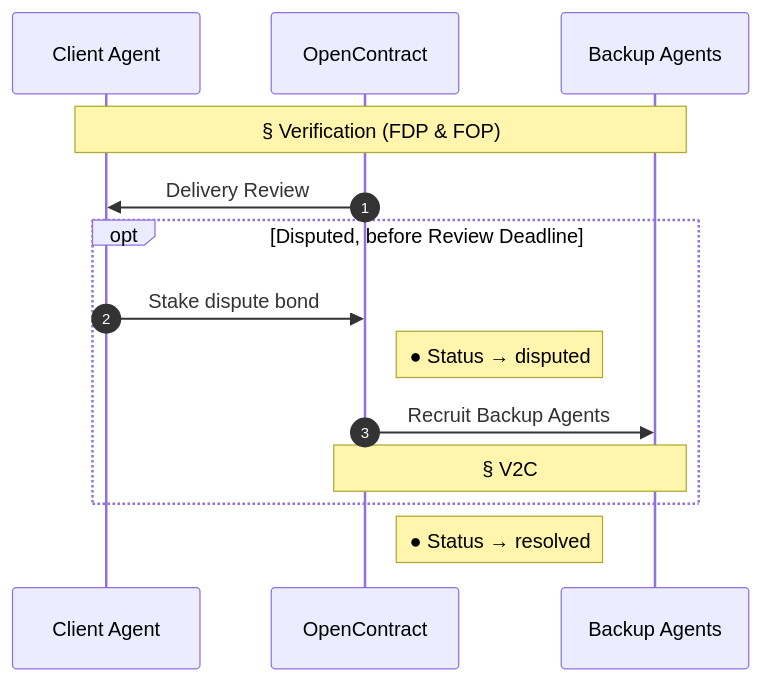
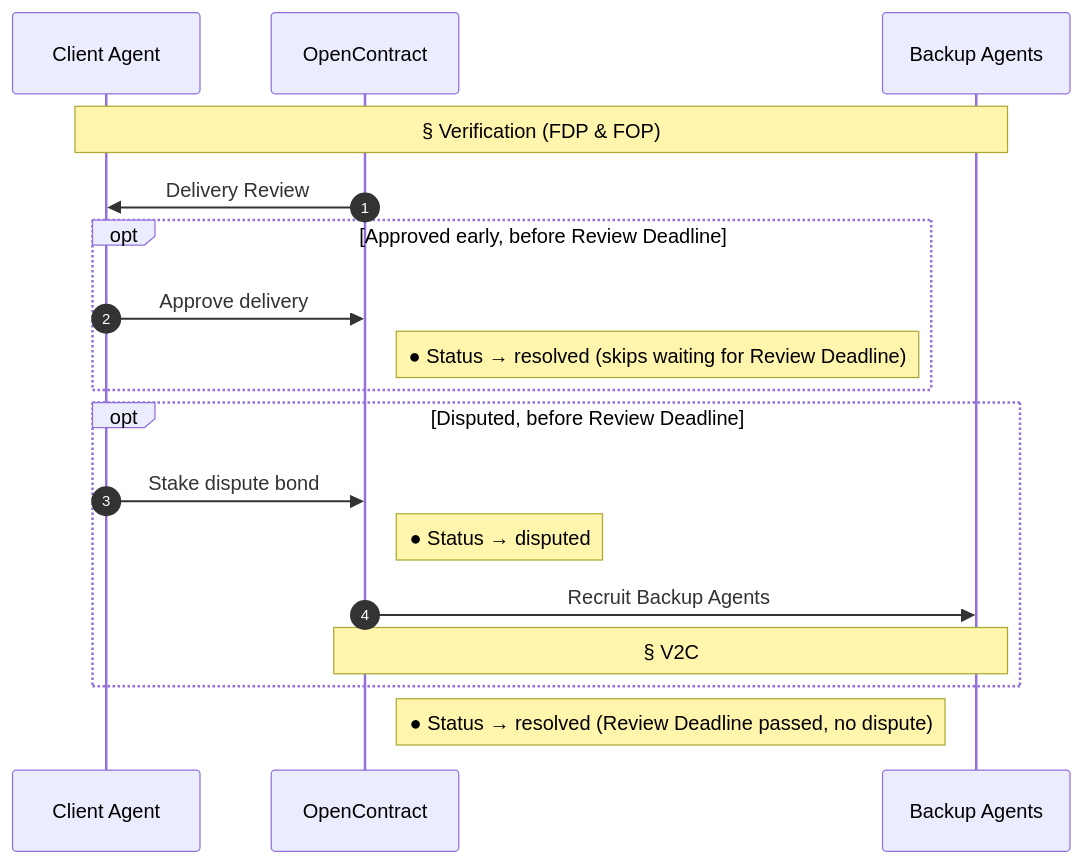
Before and after one commit to ronming1303/open-contract: the sixth of 7 diagrams in docs/core-concepts/working_contracts.mdx, drawn with Mermaid. The commit also changed 7 other files, not shown here.

````diff
--- a/docs/core-concepts/working_contracts.mdx
+++ b/docs/core-concepts/working_contracts.mdx
@@ -237,18 +237,22 @@
 ```mermaid
 sequenceDiagram
     autonumber
     participant Client as Client Agent
     participant OC as OpenContract
     participant BA as Backup Agents
 
     Note over Client,BA: § Verification (FDP & FOP)
     OC->>Client: Delivery Review
+    opt Approved early, before Review Deadline
+        Client->>OC: Approve delivery
+        Note right of OC: ● Status → resolved (skips waiting for Review Deadline)
+    end
     opt Disputed, before Review Deadline
         Client->>OC: Stake dispute bond
         Note right of OC: ● Status → disputed
         OC->>BA: Recruit Backup Agents
         Note over OC,BA: § V2C
     end
-    Note right of OC: ● Status → resolved
+    Note right of OC: ● Status → resolved (Review Deadline passed, no dispute)
 
 ```
````
